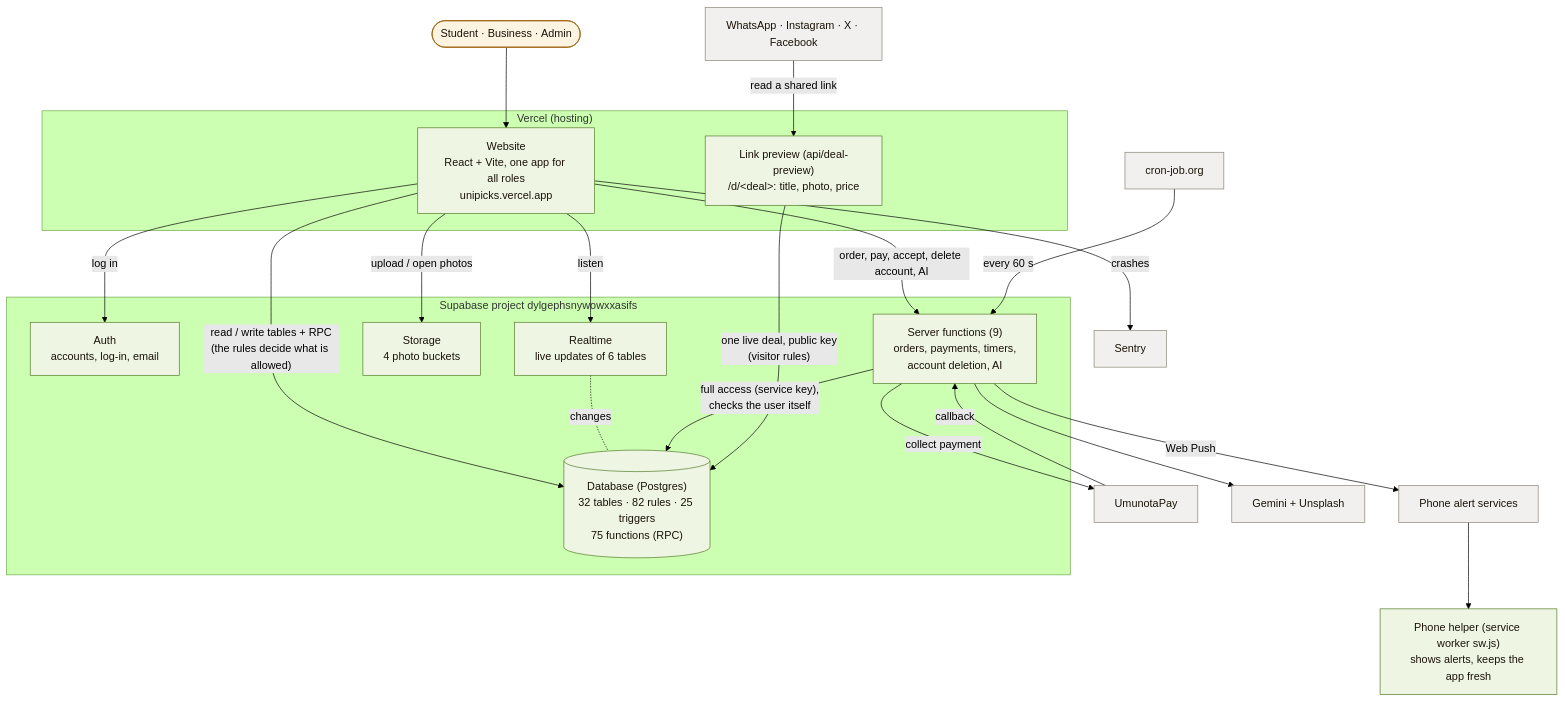
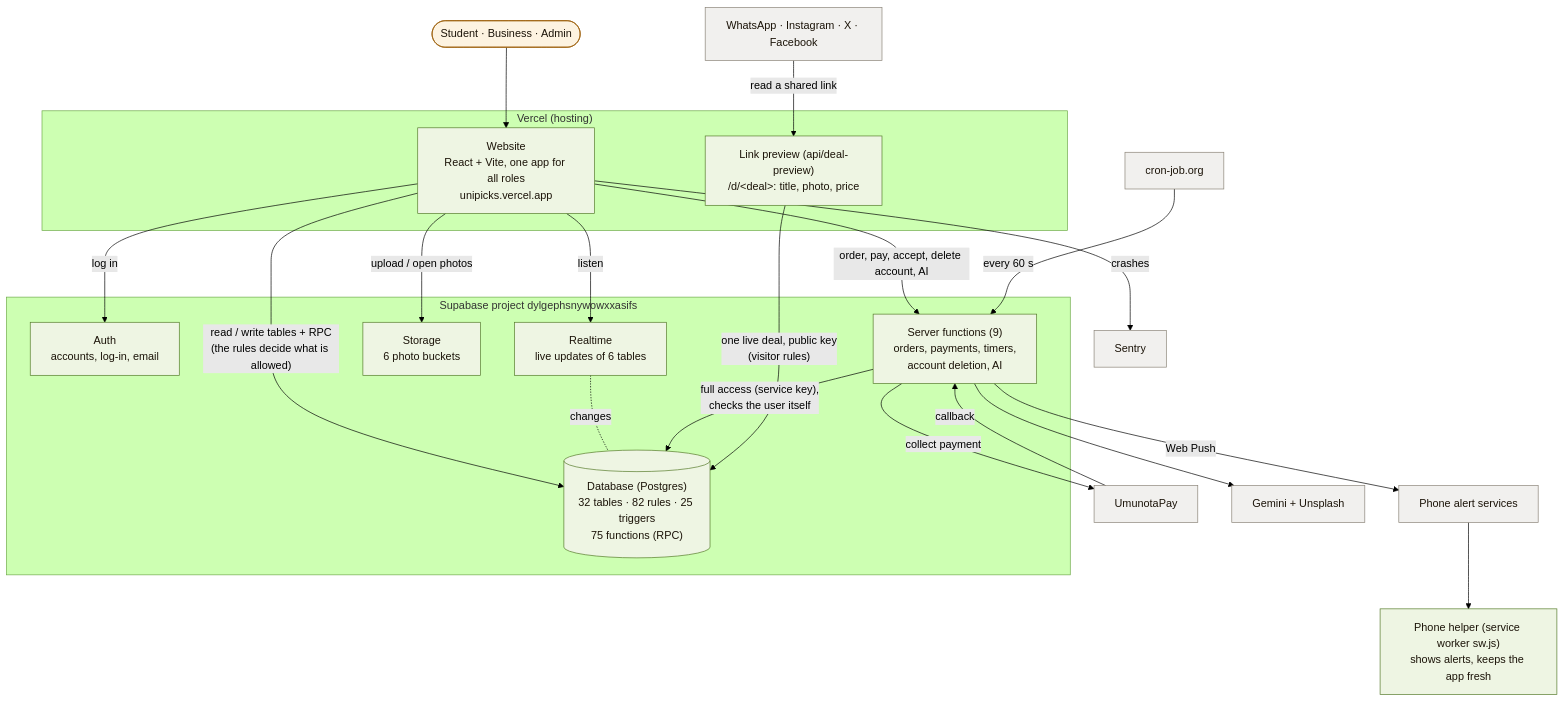
One commit to tangaza360-max/unipicks changed the first of 2 diagrams in docs/architecture/02-building-blocks.md. Above: the diagram before and after it, drawn with Mermaid (forest theme). The commit also changed other lines of this file and 5 other files, not shown here.

````diff
--- a/docs/architecture/02-building-blocks.md
+++ b/docs/architecture/02-building-blocks.md
@@ -9,47 +9,47 @@
 ```mermaid
 flowchart TB
   classDef people fill:#fdf3e1,stroke:#9b5e08,color:#1b1308
   classDef ours fill:#eef5e3,stroke:#547a29,color:#1b1308
   classDef outside fill:#f1f0ee,stroke:#8a8377,color:#1b1308
 
   P([Student · Business · Admin]):::people
 
   subgraph VERCEL["Vercel (hosting)"]
     WEB["Website<br/>React + Vite, one app for all roles<br/>unipicks.vercel.app"]:::ours
     PREV["Link preview (api/deal-preview)<br/>/d/&lt;deal&gt;: title, photo, price"]:::ours
   end
   SOC[WhatsApp · Instagram · X · Facebook]:::outside
   SW["Phone helper (service worker sw.js)<br/>shows alerts, keeps the app fresh"]:::ours
 
   subgraph SUPA["Supabase project dylgephsnywowxxasifs"]
     AUTH["Auth<br/>accounts, log-in, email"]:::ours
     DB[("Database (Postgres)<br/>32 tables · 82 rules · 25 triggers<br/>75 functions (RPC)")]:::ours
     RT["Realtime<br/>live updates of 6 tables"]:::ours
-    ST["Storage<br/>4 photo buckets"]:::ours
+    ST["Storage<br/>6 photo buckets"]:::ours
     EF["Server functions (9)<br/>orders, payments, timers,<br/>account deletion, AI"]:::ours
   end
 
   UP[UmunotaPay]:::outside
   PUSH[Phone alert services]:::outside
   CRON[cron-job.org]:::outside
   AI[Gemini + Unsplash]:::outside
   SEN[Sentry]:::outside
 
   P --> WEB
   WEB -- "log in" --> AUTH
   WEB -- "read / write tables + RPC<br/>(the rules decide what is allowed)" --> DB
   WEB -- "listen" --> RT
   RT -. "changes" .- DB
   WEB -- "upload / open photos" --> ST
   WEB -- "order, pay, accept, delete account, AI" --> EF
   EF -- "full access (service key),<br/>checks the user itself" --> DB
   EF -- "collect payment" --> UP
   UP -- "callback" --> EF
   EF -- "Web Push" --> PUSH
   PUSH --> SW
   CRON -- "every 60 s" --> EF
   EF --> AI
   WEB -- "crashes" --> SEN
   SOC -- "read a shared link" --> PREV
   PREV -- "one live deal, public key<br/>(visitor rules)" --> DB
 ```
````
